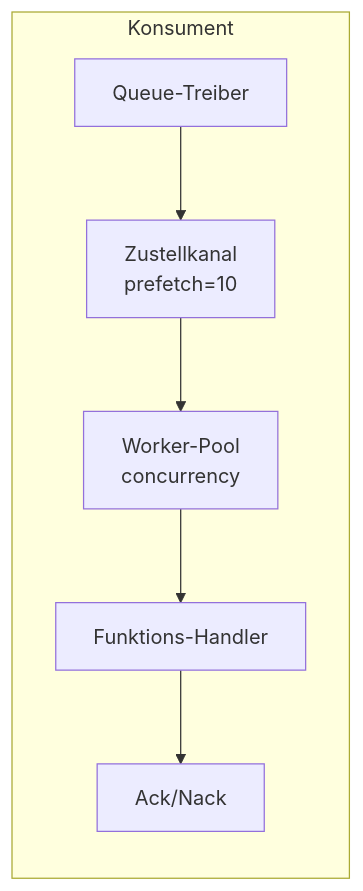
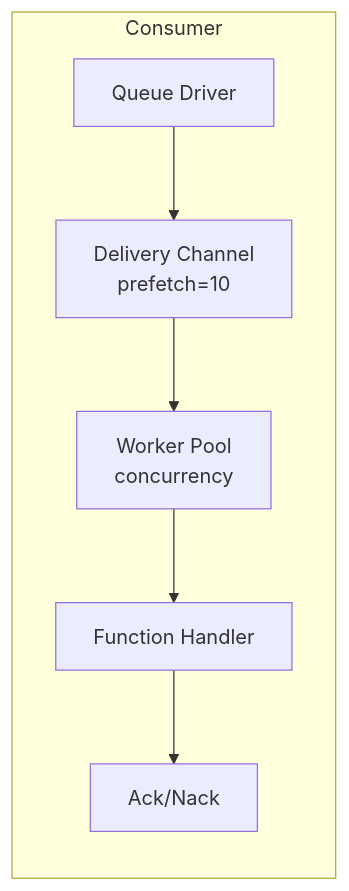
One commit to wippyai/docs changed the diagram in de/guides/queue-consumers.md. Above: the diagram before and after it, drawn with Mermaid. The commit also changed other lines of this file and 870 other files, not shown here.

````diff
--- a/de/guides/queue-consumers.md
+++ b/de/guides/queue-consumers.md
@@ -12,9 +12,9 @@
 ```mermaid
 flowchart LR
-    subgraph Consumer[Konsument]
-        QD[Queue-Treiber] --> DC[Zustellkanal<br/>prefetch=10]
-        DC --> WP[Worker-Pool<br/>concurrency]
-        WP --> FH[Funktions-Handler]
+    subgraph Consumer
+        QD[Queue Driver] --> DC[Delivery Channel<br/>prefetch=10]
+        DC --> WP[Worker Pool<br/>concurrency]
+        WP --> FH[Function Handler]
         FH --> AN[Ack/Nack]
     end
 ```
````
